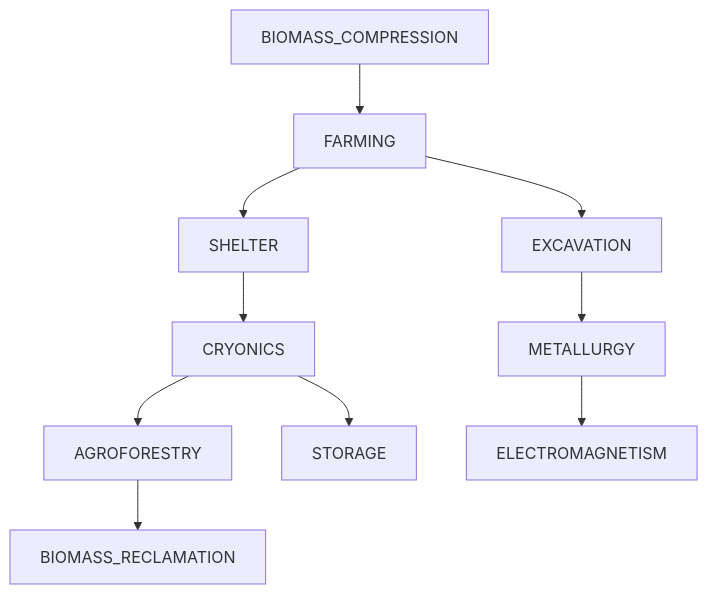
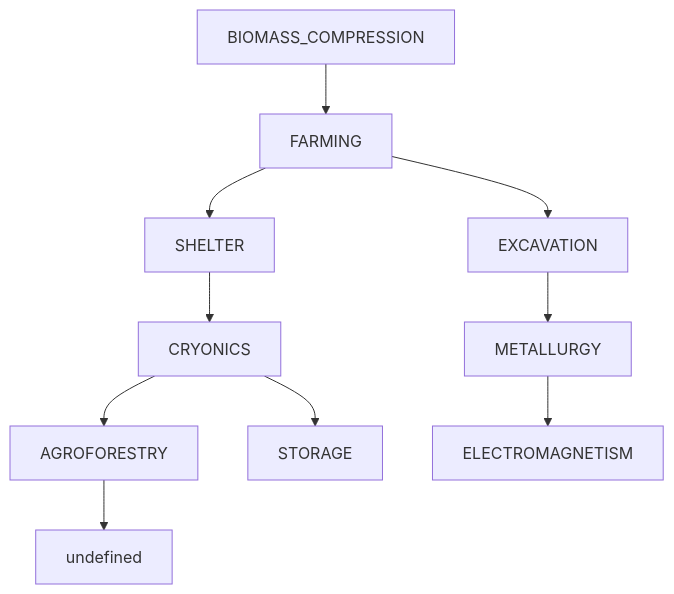
One commit to krnsk0/idler changed the diagram in docs/TECH_TREE.md. Above: the diagram before and after it, drawn with Mermaid. The commit also changed 4 other files, not shown here.

Commit message:
remove biomass reclamation

````diff
--- a/docs/TECH_TREE.md
+++ b/docs/TECH_TREE.md
@@ -6,13 +6,13 @@
 ```mermaid
 flowchart TD;
   BIOMASS_COMPRESSION --> FARMING
   FARMING --> SHELTER
   FARMING --> EXCAVATION
   SHELTER --> CRYONICS
   CRYONICS --> AGROFORESTRY
   CRYONICS --> STORAGE
-  AGROFORESTRY --> BIOMASS_RECLAMATION
+  AGROFORESTRY --> undefined
   EXCAVATION --> METALLURGY
   METALLURGY --> ELECTROMAGNETISM
 
 ```
````
